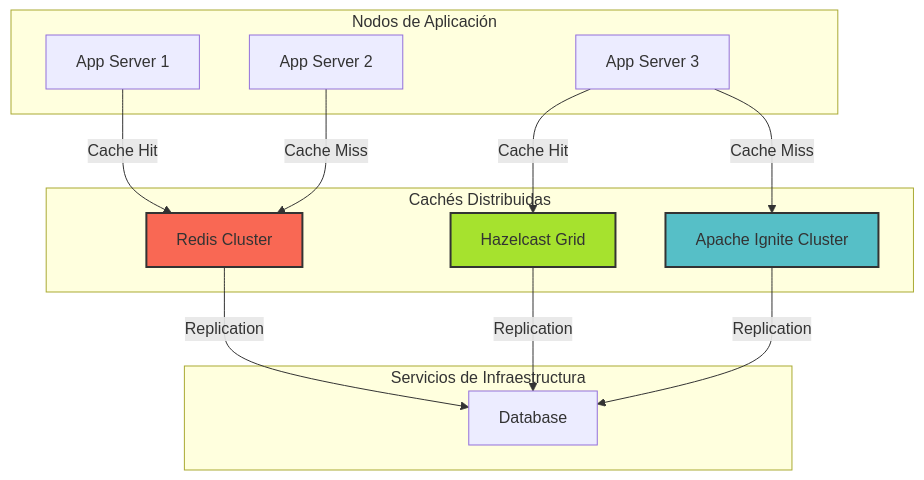
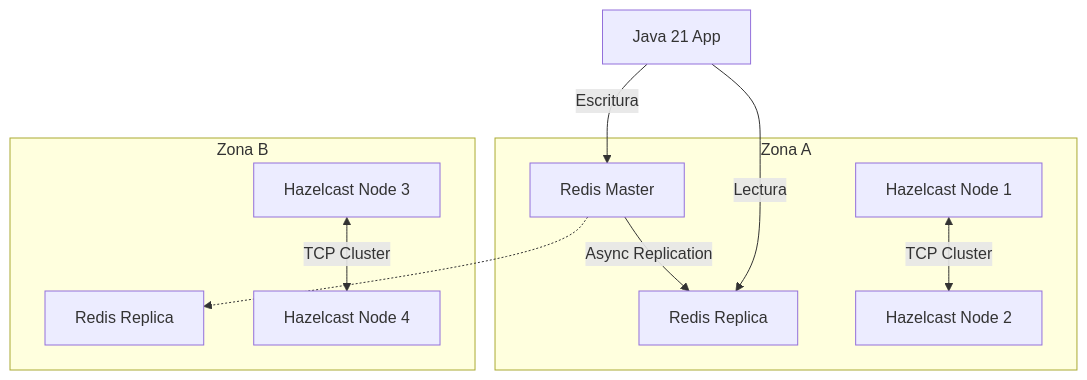
Before and after one commit to Joaquinriosheredia/DAM-Java-Mastery: the sixth of 7 diagrams in _Review/distributed_caching_con_redis_hazelcast_e_ignite/distributed_caching_con_redis_hazelcast_e_ignite.md, drawn with Mermaid. The commit also changed other lines of this file, not shown here.

Commit message:
Caché Distribuido con Redis, Hazelcast e Ignite en Java 21

````diff
--- a/_Review/distributed_caching_con_redis_hazelcast_e_ignite/distributed_caching_con_redis_hazelcast_e_ignite.md
+++ b/_Review/distributed_caching_con_redis_hazelcast_e_ignite/distributed_caching_con_redis_hazelcast_e_ignite.md
@@ -110,30 +404,14 @@
 ```mermaid
 graph TD
-    subgraph "Nodos de Aplicación"
-        AppServer1[App Server 1]
-        AppServer2[App Server 2]
-        AppServer3[App Server 3]
+    subgraph "Zona A"
+        R1[Redis Master] -->|Async Replication| R2[Redis Replica]
+        H1[Hazelcast Node 1] <-->|TCP Cluster| H2[Hazelcast Node 2]
     end
-
-    subgraph "Cachés Distribuidas"
-        RedisCluster[Redis Cluster]
-        HazelcastGrid[Hazelcast Grid]
-        IgniteCluster[Apache Ignite Cluster]
+    subgraph "Zona B"
+        R3[Redis Replica] 
+        H3[Hazelcast Node 3] <-->|TCP Cluster| H4[Hazelcast Node 4]
     end
-
-    subgraph "Servicios de Infraestructura"
-        Database[Database]
-    end
-
-    AppServer1 -->|Cache Hit| RedisCluster
-    AppServer2 -->|Cache Miss| RedisCluster
-    AppServer3 -->|Cache Hit| HazelcastGrid
-    AppServer3 -->|Cache Miss| IgniteCluster
-    RedisCluster -->|Replication| Database
-    HazelcastGrid -->|Replication| Database
-    IgniteCluster -->|Replication| Database
-
-    style RedisCluster fill:#f96854,stroke:#333,stroke-width:2px
-    style HazelcastGrid fill:#a6e22e,stroke:#333,stroke-width:2px
-    style IgniteCluster fill:#56bfc7,stroke:#333,stroke-width:2px
+    R1 -.-> R3
+    APP[Java 21 App] -->|Lectura| R2
+    APP -->|Escritura| R1
 ```
````
